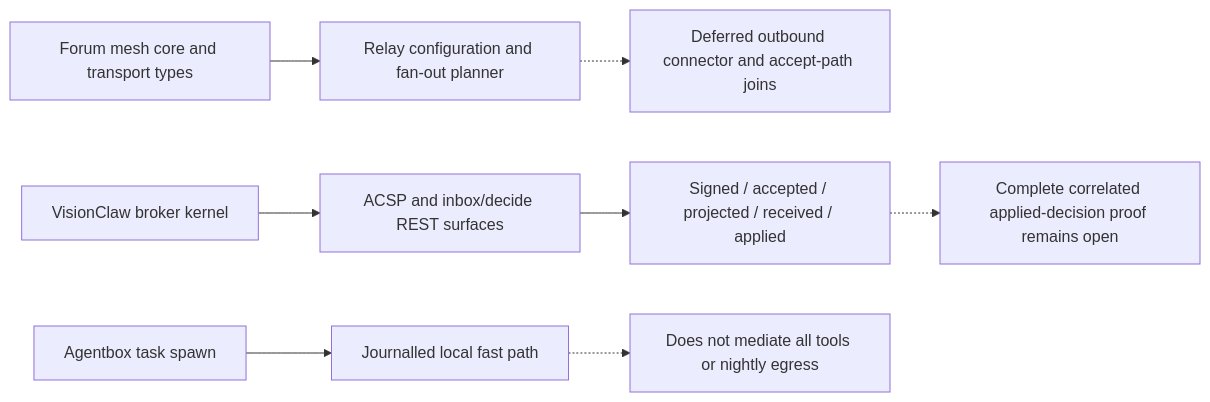
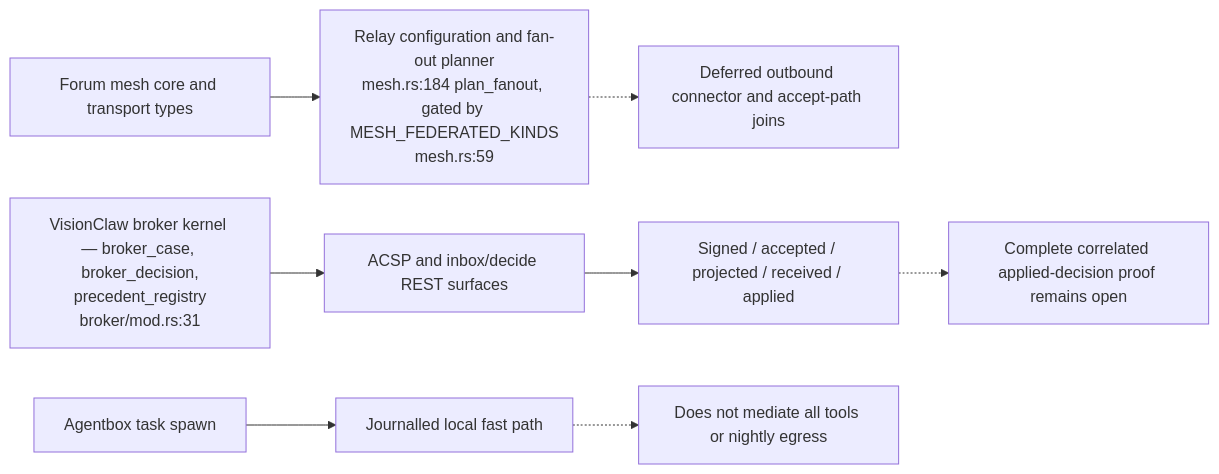
Before and after one commit to DreamLab-AI/VisionFlow: the fourth of 10 diagrams in docs/diagrams/visionflow/08-compatibility-and-dependency-direction.md, drawn with Mermaid. The commit also changed other lines of this file and 7 other files, not shown here.

````diff
--- a/docs/diagrams/visionflow/08-compatibility-and-dependency-direction.md
+++ b/docs/diagrams/visionflow/08-compatibility-and-dependency-direction.md
@@ -104,10 +104,10 @@
 ```mermaid
 flowchart LR
-    CORE["Forum mesh core and transport types"] --> PLAN["Relay configuration and fan-out planner"]
+    CORE["Forum mesh core and transport types"] --> PLAN["Relay configuration and fan-out planner<br/>mesh.rs:184 plan_fanout, gated by MESH_FEDERATED_KINDS<br/>mesh.rs:59"]
     PLAN -.-> JOIN["Deferred outbound connector and accept-path joins"]
-    KERNEL["VisionClaw broker kernel"] --> ACSP["ACSP and inbox/decide REST surfaces"]
+    KERNEL["VisionClaw broker kernel — broker_case, broker_decision,<br/>precedent_registry<br/>broker/mod.rs:31"] --> ACSP["ACSP and inbox/decide REST surfaces"]
     TASK["Agentbox task spawn"] --> JOURNAL["Journalled local fast path"]
     ACSP --> STAGES["Signed / accepted / projected / received / applied"]
     STAGES -.-> E2E["Complete correlated applied-decision proof remains open"]
     JOURNAL -.-> LIMIT["Does not mediate all tools or nightly egress"]
 ```
````
